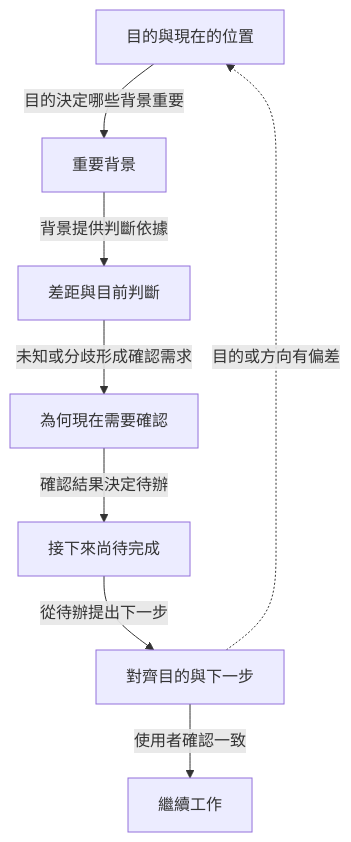
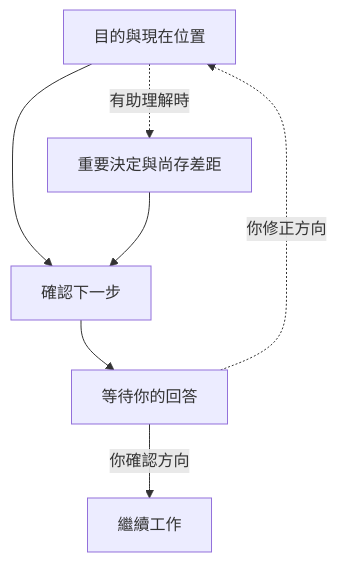
The diagram in loom-workflow/skills/recap-state/README.zh-TW.md (kouko/loom-plugins), drawn with Mermaid before and after one commit. The commit also changed other lines of this file and 4 other files, not shown here.

````diff
--- a/loom-workflow/skills/recap-state/README.zh-TW.md
+++ b/loom-workflow/skills/recap-state/README.zh-TW.md
@@ -26,10 +26,9 @@
 ```mermaid
 graph TB
-    Purpose["目的與現在的位置"] -->|"目的決定哪些背景重要"| Background["重要背景"]
-    Background -->|"背景提供判斷依據"| Assessment["差距與目前判斷"]
-    Assessment -->|"未知或分歧形成確認需求"| Question["為何現在需要確認"]
-    Question -->|"確認結果決定待辦"| Pending["接下來尚待完成"]
-    Pending -->|"從待辦提出下一步"| Alignment["對齊目的與下一步"]
-    Alignment -.->|"目的或方向有偏差"| Purpose
-    Alignment -->|"使用者確認一致"| Continue["繼續工作"]
+    Purpose["目的與現在位置"] --> Next["確認下一步"]
+    Purpose -.->|"有助理解時"| History["重要決定與尚存差距"]
+    History --> Next
+    Next --> Wait["等待你的回答"]
+    Wait -.->|"你修正方向"| Purpose
+    Wait -->|"你確認方向"| Continue["繼續工作"]
 ```
````
